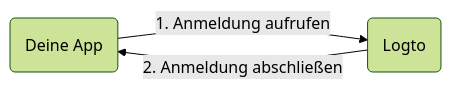
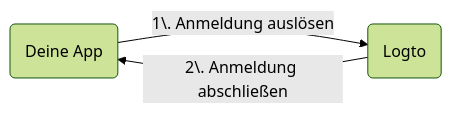
One commit to logto-io/docs changed the diagram in i18n/de/docusaurus-plugin-content-docs/current/quick-starts/fragments/_web-sign-in-flow-summary.mdx. Above: the diagram before and after it, drawn with Mermaid (forest theme). The commit also changed other lines of this file and 162 other files, not shown here.

````diff
--- a/i18n/de/docusaurus-plugin-content-docs/current/quick-starts/fragments/_web-sign-in-flow-summary.mdx
+++ b/i18n/de/docusaurus-plugin-content-docs/current/quick-starts/fragments/_web-sign-in-flow-summary.mdx
@@ -5,5 +5,5 @@
 ```mermaid
 graph LR
-    A(Deine App) -->|1. Anmeldung aufrufen| B(Logto)
-    B -->|2. Anmeldung abschließen| A
+    A(Deine App) -->|1\. Anmeldung auslösen| B(Logto)
+    B -->|2\. Anmeldung abschließen| A
 ```
````
